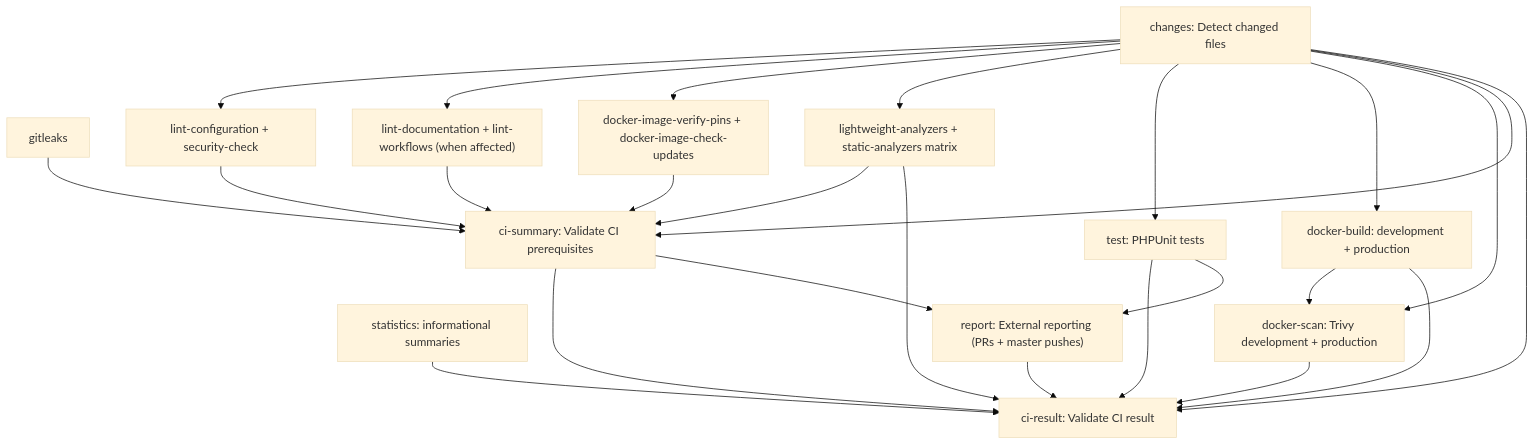
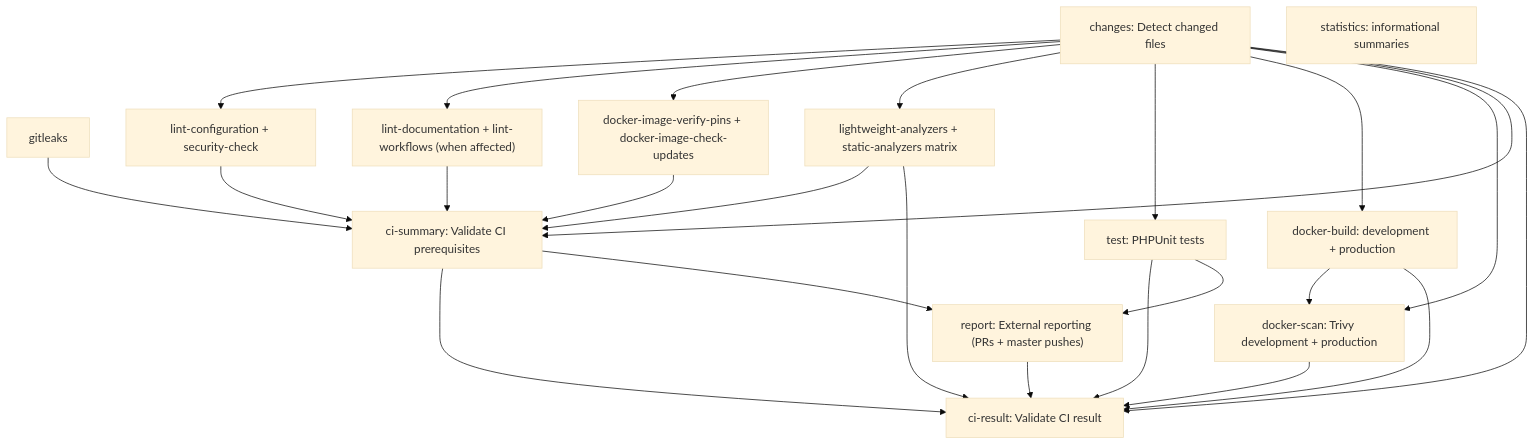
Before and after one commit to tarlepp/symfony-flex-backend: the second of 3 diagrams in doc/GITHUB_WORKFLOWS.md, drawn with Mermaid (base theme). The commit also changed other lines of this file and 7 other files, not shown here.

````diff
--- a/doc/GITHUB_WORKFLOWS.md
+++ b/doc/GITHUB_WORKFLOWS.md
@@ -227,40 +227,39 @@
 ```mermaid
 flowchart TD
     Changes["changes: Detect changed files"]
     Independent["gitleaks"]
     Statistics["statistics: informational summaries"]
     Documentation["lint-documentation + lint-workflows (when affected)"]
     Checks["lint-configuration + security-check"]
     Images["docker-image-verify-pins + docker-image-check-updates"]
     Analyzers["lightweight-analyzers + static-analyzers matrix"]
     Tests["test: PHPUnit tests"]
     Builds["docker-build: development + production"]
     Scans["docker-scan: Trivy development + production"]
     Prereq["ci-summary: Validate CI prerequisites"]
     Final["ci-result: Validate CI result"]
     Report["report: External reporting (PRs + master pushes)"]
     Changes --> Checks
     Changes --> Documentation
     Changes --> Images
     Changes --> Analyzers
     Changes --> Tests
     Changes --> Builds
     Changes --> Scans
     Builds --> Scans
     Changes --> Prereq
     Independent --> Prereq
     Documentation --> Prereq
     Checks --> Prereq
     Images --> Prereq
     Analyzers --> Prereq
     Changes --> Final
-    Statistics --> Final
     Prereq --> Final
     Analyzers --> Final
     Tests --> Final
     Builds --> Final
     Scans --> Final
     Prereq --> Report
     Tests --> Report
     Report --> Final
 ```
````
